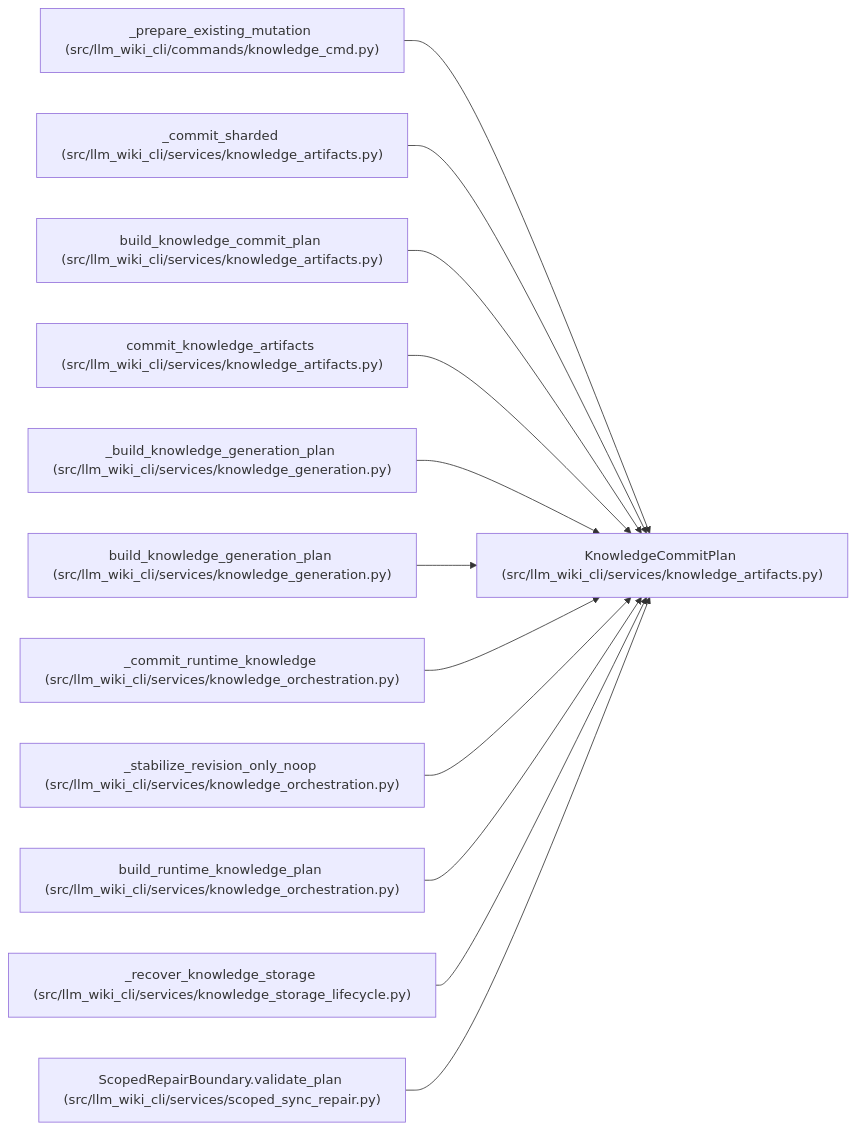
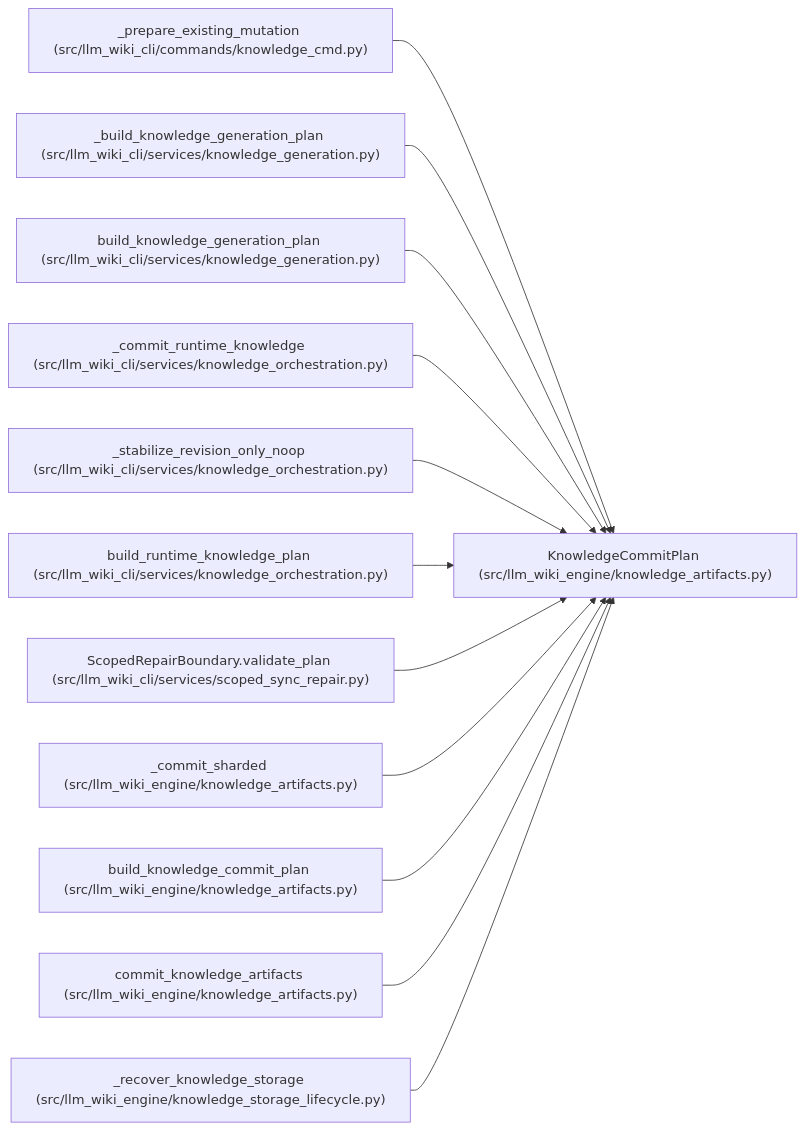
One commit to Denissvgn/python-wiki-llm changed the diagram in docs/llm_wiki/entities/KnowledgeCommitPlan.md. Above: the diagram before and after it, drawn with Mermaid. The commit also changed other lines of this file and 1058 other files, not shown here.

First line of the commit message:
docs: refresh the wiki for the knowledge store move

````diff
--- a/docs/llm_wiki/entities/KnowledgeCommitPlan.md
+++ b/docs/llm_wiki/entities/KnowledgeCommitPlan.md
@@ -36,38 +36,38 @@
 ```mermaid
 flowchart LR
-    n0["KnowledgeCommitPlan (src/llm_wiki_cli/services/knowledge_artifacts.py)"]
+    n0["KnowledgeCommitPlan (src/llm_wiki_engine/knowledge_artifacts.py)"]
     n1["_prepare_existing_mutation (src/llm_wiki_cli/commands/knowledge_cmd.py)"]
-    n2["_commit_sharded (src/llm_wiki_cli/services/knowledge_artifacts.py)"]
-    n3["build_knowledge_commit_plan (src/llm_wiki_cli/services/knowledge_artifacts.py)"]
-    n4["commit_knowledge_artifacts (src/llm_wiki_cli/services/knowledge_artifacts.py)"]
-    n5["_build_knowledge_generation_plan (src/llm_wiki_cli/services/knowledge_generation.py)"]
-    n6["build_knowledge_generation_plan (src/llm_wiki_cli/services/knowledge_generation.py)"]
-    n7["_commit_runtime_knowledge (src/llm_wiki_cli/services/knowledge_orchestration.py)"]
-    n8["_stabilize_revision_only_noop (src/llm_wiki_cli/services/knowledge_orchestration.py)"]
-    n9["build_runtime_knowledge_plan (src/llm_wiki_cli/services/knowledge_orchestration.py)"]
-    n10["_recover_knowledge_storage (src/llm_wiki_cli/services/knowledge_storage_lifecycle.py)"]
-    n11["ScopedRepairBoundary.validate_plan (src/llm_wiki_cli/services/scoped_sync_repair.py)"]
+    n2["_build_knowledge_generation_plan (src/llm_wiki_cli/services/knowledge_generation.py)"]
+    n3["build_knowledge_generation_plan (src/llm_wiki_cli/services/knowledge_generation.py)"]
+    n4["_commit_runtime_knowledge (src/llm_wiki_cli/services/knowledge_orchestration.py)"]
+    n5["_stabilize_revision_only_noop (src/llm_wiki_cli/services/knowledge_orchestration.py)"]
+    n6["build_runtime_knowledge_plan (src/llm_wiki_cli/services/knowledge_orchestration.py)"]
+    n7["ScopedRepairBoundary.validate_plan (src/llm_wiki_cli/services/scoped_sync_repair.py)"]
+    n8["_commit_sharded (src/llm_wiki_engine/knowledge_artifacts.py)"]
+    n9["build_knowledge_commit_plan (src/llm_wiki_engine/knowledge_artifacts.py)"]
+    n10["commit_knowledge_artifacts (src/llm_wiki_engine/knowledge_artifacts.py)"]
+    n11["_recover_knowledge_storage (src/llm_wiki_engine/knowledge_storage_lifecycle.py)"]
     n1 --> n0
     n2 --> n0
     n3 --> n0
     n4 --> n0
     n5 --> n0
     n6 --> n0
     n7 --> n0
     n8 --> n0
     n9 --> n0
     n10 --> n0
     n11 --> n0
     click n0 "../modules/knowledge_artifacts.md"
     click n1 "../modules/knowledge_cmd.md"
-    click n2 "../modules/knowledge_artifacts.md"
-    click n3 "../modules/knowledge_artifacts.md"
-    click n4 "../modules/knowledge_artifacts.md"
-    click n5 "../modules/knowledge_generation.md"
-    click n6 "../modules/knowledge_generation.md"
-    click n7 "../modules/knowledge_orchestration.md"
-    click n8 "../modules/knowledge_orchestration.md"
-    click n9 "../modules/knowledge_orchestration.md"
-    click n10 "../modules/knowledge_storage_lifecycle.md"
-    click n11 "../modules/scoped_sync_repair.md"
+    click n2 "../modules/knowledge_generation.md"
+    click n3 "../modules/knowledge_generation.md"
+    click n4 "../modules/knowledge_orchestration.md"
+    click n5 "../modules/knowledge_orchestration.md"
+    click n6 "../modules/knowledge_orchestration.md"
+    click n7 "../modules/scoped_sync_repair.md"
+    click n8 "../modules/knowledge_artifacts.md"
+    click n9 "../modules/knowledge_artifacts.md"
+    click n10 "../modules/knowledge_artifacts.md"
+    click n11 "../modules/knowledge_storage_lifecycle.md"
 ```
````
